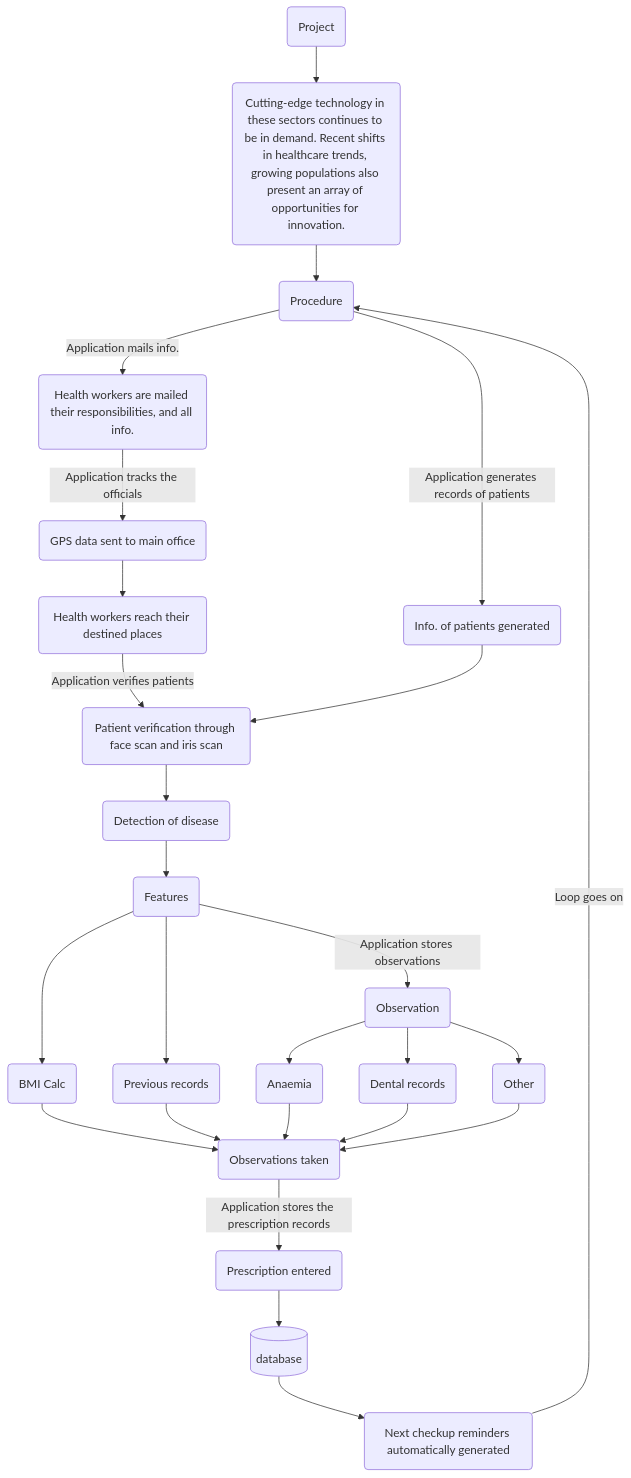
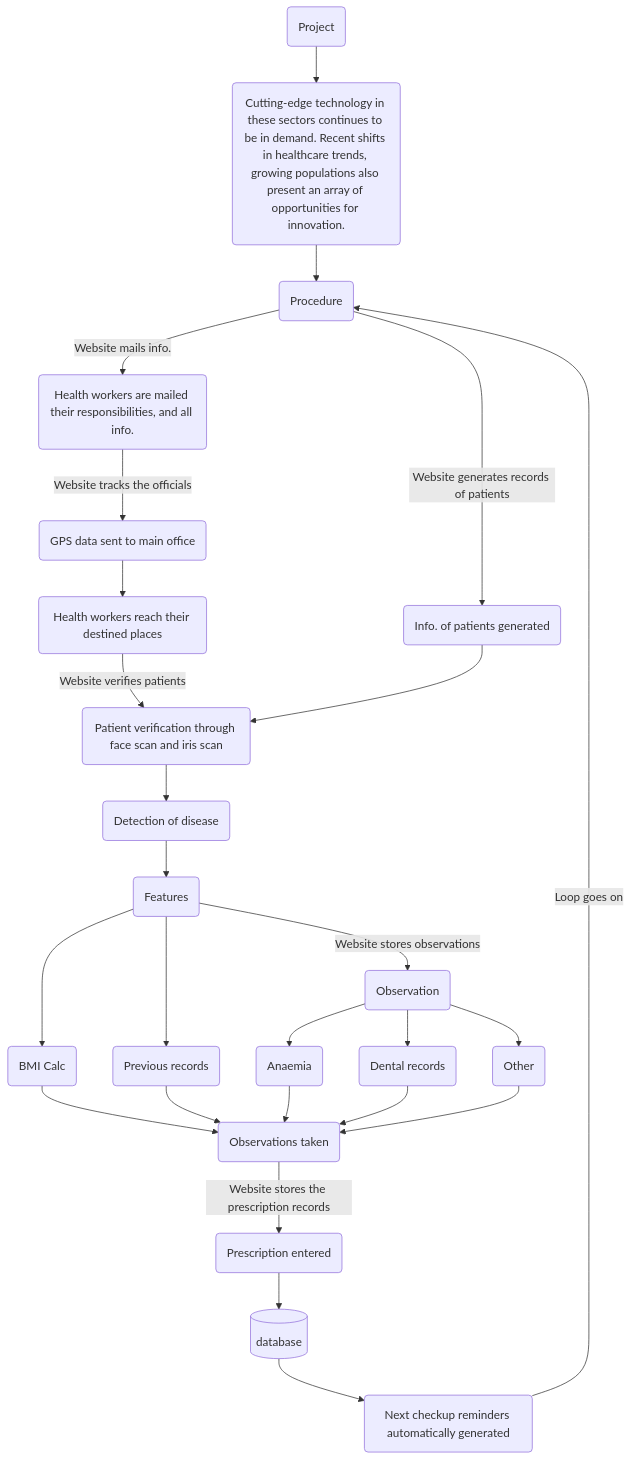
One commit to Sam-Varghese/SIH changed the first of 2 diagrams in README.md. Above: the diagram before and after it, drawn with Mermaid.

Commit message:
Replaced appliucation with website

````diff
--- a/README.md
+++ b/README.md
@@ -6,28 +6,28 @@
 ```mermaid
 flowchart TD;
 model(Project)-->prob(Cutting-edge technology in these sectors continues to be in demand. Recent shifts in healthcare trends, growing populations also present an array of opportunities for innovation.)
 prob --> proc(Procedure)
-proc-->|Application mails info.|aang(Health workers are mailed their responsibilities, and all info.)
-proc-->|Application generates records of patients|info(Info. of patients generated)
-aang-->|Application tracks the officials|gps(GPS data sent to main office)
+proc-->|Website mails info.|aang(Health workers are mailed their responsibilities, and all info.)
+proc-->|Website generates records of patients|info(Info. of patients generated)
+aang-->|Website tracks the officials|gps(GPS data sent to main office)
 gps-->reached(Health workers reach their destined places)
-reached-->|Application verifies patients|biometric(Patient verification through face scan and iris scan)
+reached-->|Website verifies patients|biometric(Patient verification through face scan and iris scan)
 info-->biometric
 biometric-->treatment(Detection of disease)
 treatment-->Feat(Features)
 Feat-->BMI(BMI Calc)
 Feat-->Prevrecord(Previous records)
-Feat-->|Application stores observations|obs(Observation)
+Feat-->|Website stores observations|obs(Observation)
 obs-->anem(Anaemia)
 obs-->dental(Dental records)
 obs-->other(Other)
 BMI-->obsTaken(Observations taken)
 Prevrecord-->obsTaken
 anem-->obsTaken
 dental-->obsTaken
 other-->obsTaken
-obsTaken-->|Application stores the prescription records|presc(Prescription entered)
+obsTaken-->|Website stores the prescription records|presc(Prescription entered)
 presc-->database[(database)]
 database-->reminder(Next checkup reminders automatically generated)
 reminder-->|Loop goes on|proc
 ```
````
